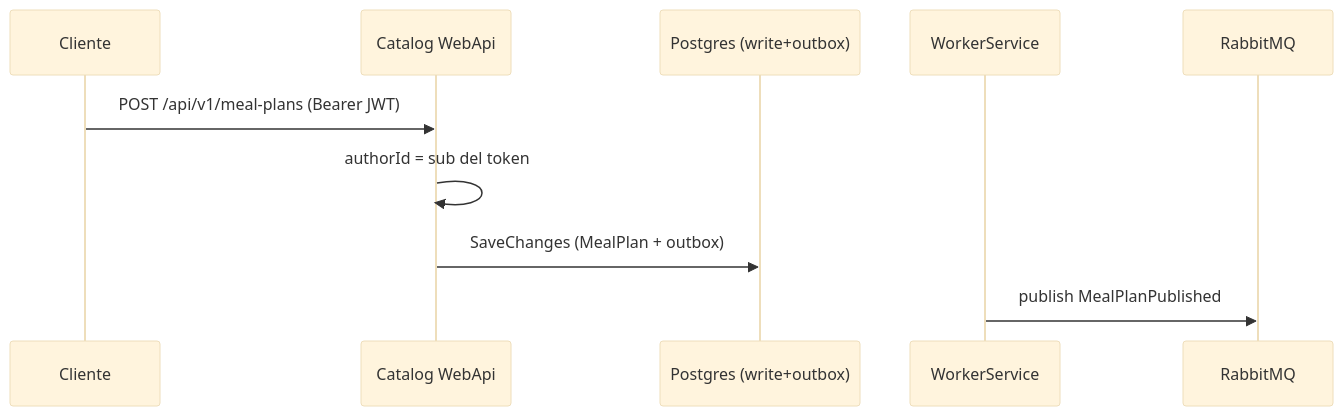
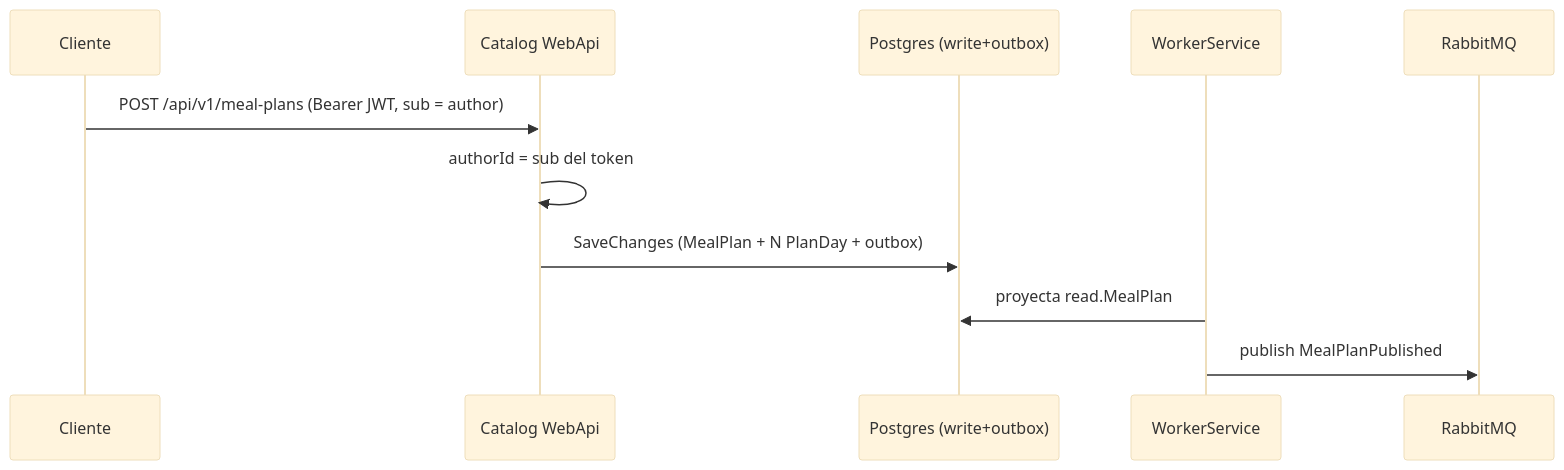
One commit to Nur-tricenter/knowledge changed the third of 5 diagrams in services/ms2-catalog/flows.md. Above: the diagram before and after it, drawn with Mermaid (base theme). The commit also changed other lines of this file and 10 other files, not shown here.

````diff
--- a/services/ms2-catalog/flows.md
+++ b/services/ms2-catalog/flows.md
@@ -32,12 +73,13 @@
 ```mermaid
 sequenceDiagram
   participant C as Cliente
   participant API as Catalog WebApi
   participant DB as Postgres (write+outbox)
   participant W as WorkerService
   participant MQ as RabbitMQ
-  C->>API: POST /api/v1/meal-plans (Bearer JWT)
+  C->>API: POST /api/v1/meal-plans (Bearer JWT, sub = author)
   API->>API: authorId = sub del token
-  API->>DB: SaveChanges (MealPlan + outbox)
+  API->>DB: SaveChanges (MealPlan + N PlanDay + outbox)
+  W->>DB: proyecta read.MealPlan
   W->>MQ: publish MealPlanPublished
 ```
````
